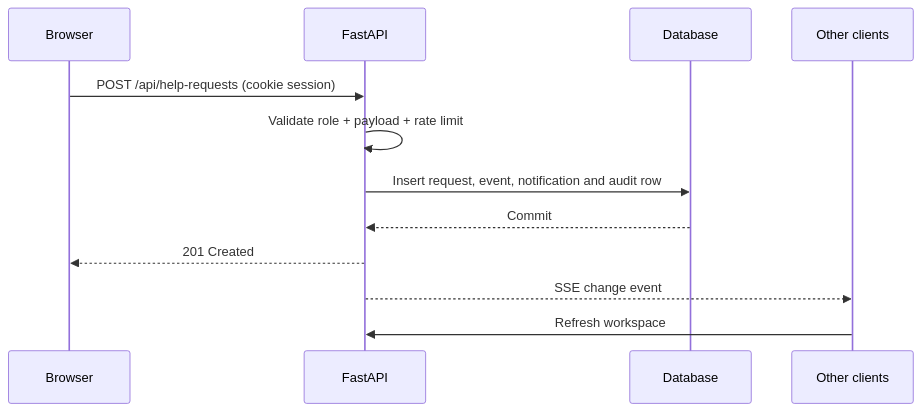
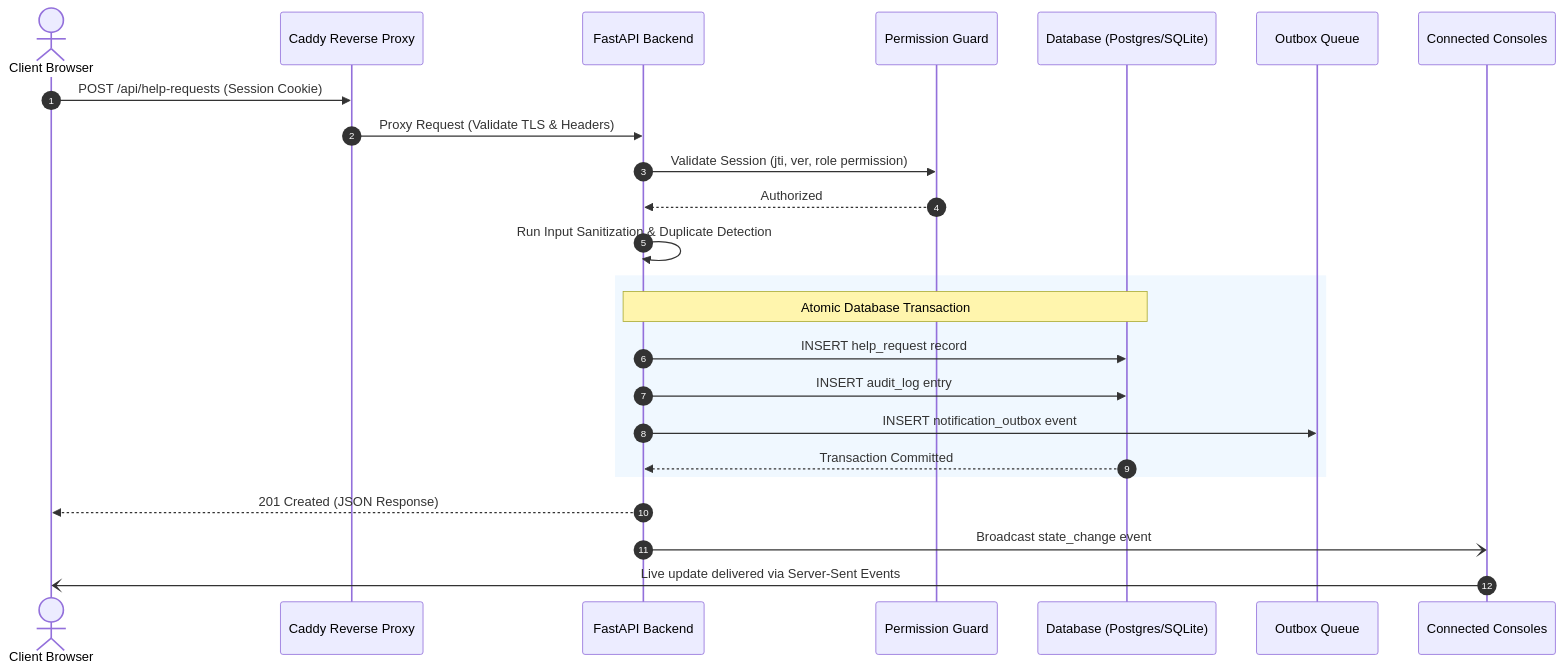
Before and after one commit to Abishrii/Crisis-Resource-Conflict-Resolution-Platform: the third of 3 diagrams in README.md, drawn with Mermaid. The commit also changed other lines of this file, not shown here.

````diff
--- a/README.md
+++ b/README.md
@@ -200,15 +216,27 @@
 ```mermaid
 sequenceDiagram
-  participant B as Browser
-  participant A as FastAPI
-  participant D as Database
-  participant E as Other clients
+    autonumber
+    actor User as Client Browser
+    participant Edge as Caddy Reverse Proxy
+    participant API as FastAPI Backend
+    participant RBAC as Permission Guard
+    participant DB as Database (Postgres/SQLite)
+    participant Outbox as Outbox Queue
+    participant SSE as Connected Consoles
 
-  B->>A: POST /api/help-requests (cookie session)
-  A->>A: Validate role + payload + rate limit
-  A->>D: Insert request, event, notification and audit row
-  D-->>A: Commit
-  A-->>B: 201 Created
-  A-->>E: SSE change event
-  E->>A: Refresh workspace
+    User->>Edge: POST /api/help-requests (Session Cookie)
+    Edge->>API: Proxy Request (Validate TLS & Headers)
+    API->>RBAC: Validate Session (jti, ver, role permission)
+    RBAC-->>API: Authorized
+    API->>API: Run Input Sanitization & Duplicate Detection
+    rect rgb(240, 248, 255)
+        Note over API,DB: Atomic Database Transaction
+        API->>DB: INSERT help_request record
+        API->>DB: INSERT audit_log entry
+        API->>Outbox: INSERT notification_outbox event
+        DB-->>API: Transaction Committed
+    end
+    API-->>User: 201 Created (JSON Response)
+    API-)SSE: Broadcast state_change event
+    SSE-)User: Live update delivered via Server-Sent Events
 ```
````
